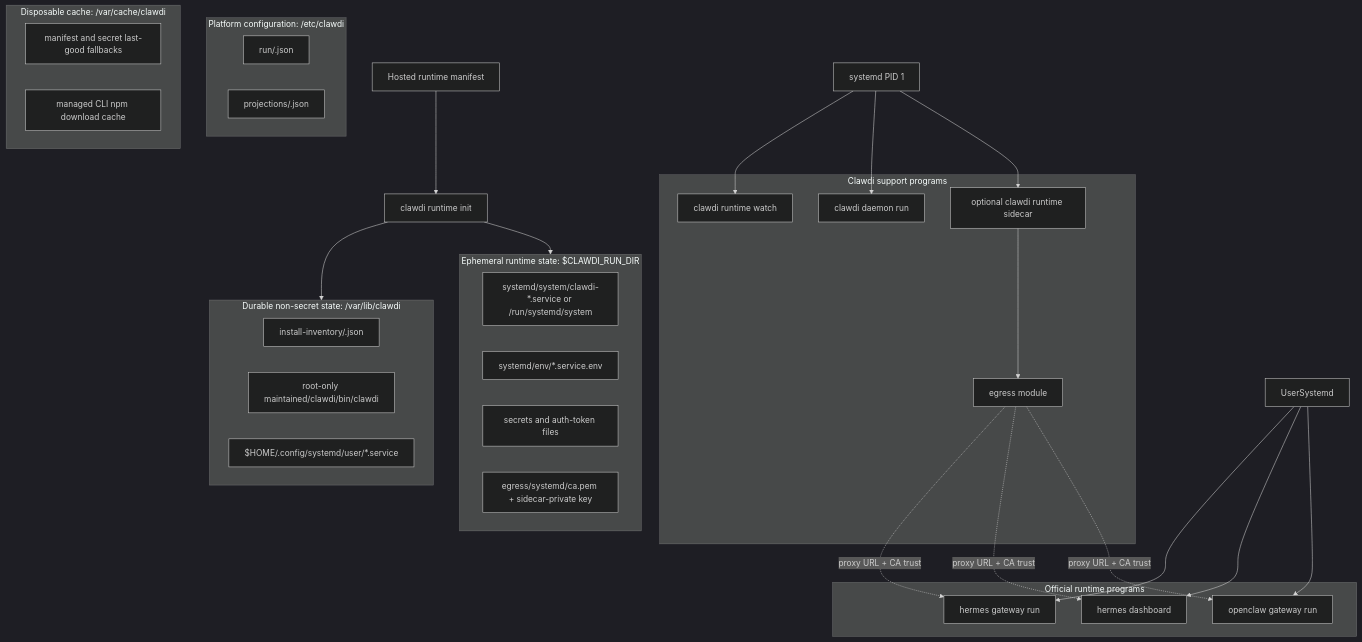
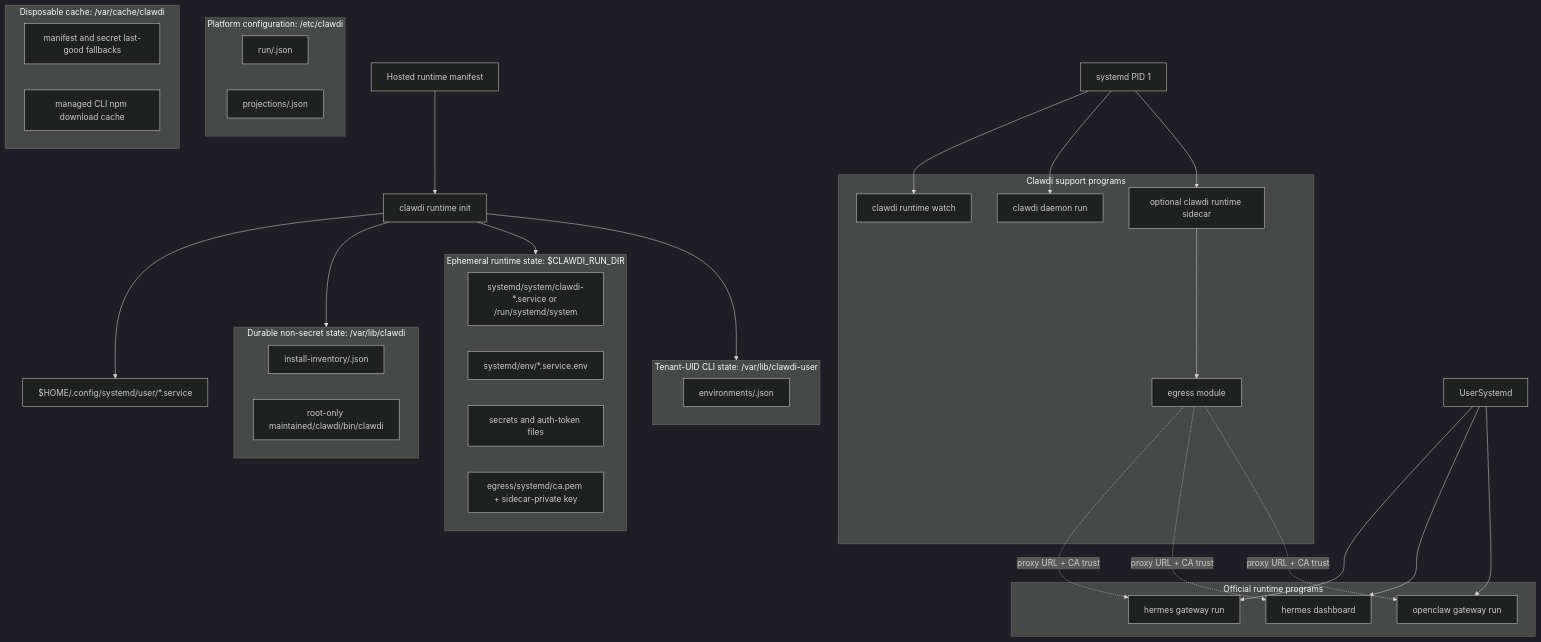
Before and after one commit to Clawdi-AI/clawdi: the first of 2 diagrams in docs/managed-runtime.md, drawn with Mermaid (dark theme). The commit also changed other lines of this file and 12 other files, not shown here.

````diff
--- a/docs/managed-runtime.md
+++ b/docs/managed-runtime.md
@@ -147,54 +147,60 @@
 ```mermaid
 flowchart TB
     CP[Hosted runtime manifest] --> Init[clawdi runtime init]
     Init --> Durable
     Init --> Ephemeral
 
     subgraph Configuration["Platform configuration: /etc/clawdi"]
         RunConfigs[run/<runtime>.json]
         Projections[projections/<runtime>.json]
     end
 
     subgraph Durable["Durable non-secret state: /var/lib/clawdi"]
         Inventory[install-inventory/<runtime>.json]
         CliBin[root-only maintained/clawdi/bin/clawdi]
-        UserUnits[$HOME/.config/systemd/user/*.service]
     end
+
+    subgraph TenantState["Tenant-UID CLI state: /var/lib/clawdi-user"]
+        LiveSync[environments/<agent>.json]
+    end
+
+    Init --> TenantState
+    Init --> UserUnits[$HOME/.config/systemd/user/*.service]
 
     subgraph Cache["Disposable cache: /var/cache/clawdi"]
         LastGood[manifest and secret last-good fallbacks]
         NpmCache[managed CLI npm download cache]
     end
 
     subgraph Ephemeral["Ephemeral runtime state: $CLAWDI_RUN_DIR"]
         SystemUnits[systemd/system/clawdi-*.service or /run/systemd/system]
         UnitEnv[systemd/env/*.service.env]
         Secrets[secrets and auth-token files]
         EgressCA[egress/systemd/ca.pem + sidecar-private key]
     end
 
     subgraph Support["Clawdi support programs"]
         Watch[clawdi runtime watch]
         Daemon[clawdi daemon run]
         Sidecar[optional clawdi runtime sidecar]
         Egress[egress module]
     end
 
     subgraph Runtime["Official runtime programs"]
         HermesGateway[hermes gateway run]
         HermesDashboard[hermes dashboard]
         OpenClaw[openclaw gateway run]
     end
 
     Systemd[systemd PID 1] --> Watch
     Systemd --> Daemon
     Systemd --> Sidecar
     Sidecar --> Egress
     UserSystemd --> HermesGateway
     UserSystemd --> HermesDashboard
     UserSystemd --> OpenClaw
 
     Egress -. proxy URL + CA trust .-> HermesGateway
     Egress -. proxy URL + CA trust .-> HermesDashboard
     Egress -. proxy URL + CA trust .-> OpenClaw
 ```
````
